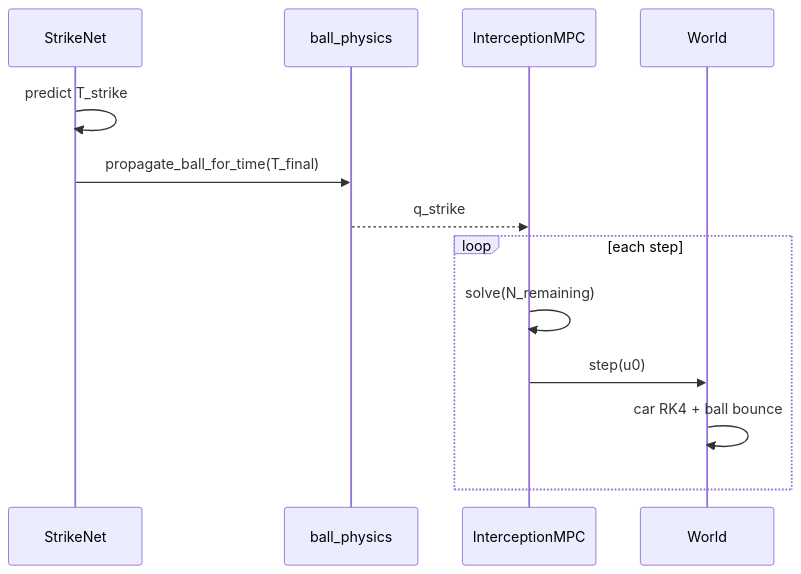
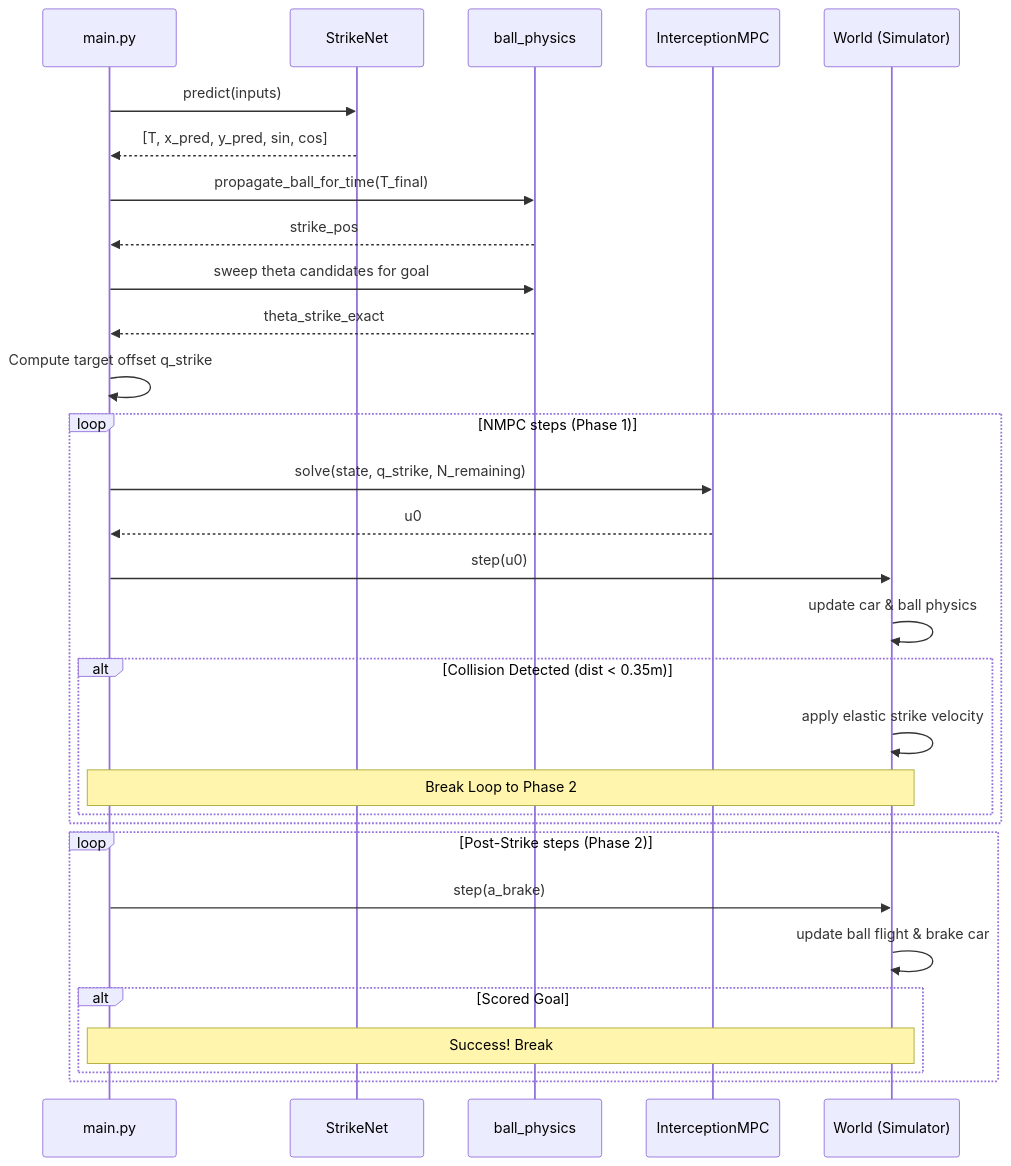
Before and after one commit to Nikunj-Agarwal/project_rocket_soccer: the second of 2 diagrams in docs/PIPELINE_LOGIC.md, drawn with Mermaid. The commit also changed other lines of this file and 24 other files, not shown here.

Commit message:
New physics added for hitting the ball into the goal

````diff
--- a/docs/PIPELINE_LOGIC.md
+++ b/docs/PIPELINE_LOGIC.md
@@ -76,16 +58,33 @@
 ```mermaid
 sequenceDiagram
-  participant SN as StrikeNet
+  participant Main as main.py
+  participant Net as StrikeNet
   participant BP as ball_physics
   participant MPC as InterceptionMPC
-  participant W as World
+  participant World as World (Simulator)
 
-  SN->>SN: predict T_strike
-  SN->>BP: propagate_ball_for_time(T_final)
-  BP-->>MPC: q_strike
-  loop each step
-    MPC->>MPC: solve(N_remaining)
-    MPC->>W: step(u0)
-    W->>W: car RK4 + ball bounce
+  Main->>Net: predict(inputs)
+  Net-->>Main: [T, x_pred, y_pred, sin, cos]
+  Main->>BP: propagate_ball_for_time(T_final)
+  BP-->>Main: strike_pos
+  Main->>BP: sweep theta candidates for goal
+  BP-->>Main: theta_strike_exact
+  Main->>Main: Compute target offset q_strike
+  loop NMPC steps (Phase 1)
+    Main->>MPC: solve(state, q_strike, N_remaining)
+    MPC-->>Main: u0
+    Main->>World: step(u0)
+    World->>World: update car & ball physics
+    alt Collision Detected (dist < 0.35m)
+      World->>World: apply elastic strike velocity
+      Note over Main, World: Break Loop to Phase 2
+    end
+  end
+  loop Post-Strike steps (Phase 2)
+    Main->>World: step(a_brake)
+    World->>World: update ball flight & brake car
+    alt Scored Goal
+      Note over Main, World: Success! Break
+    end
   end
 ```
````
